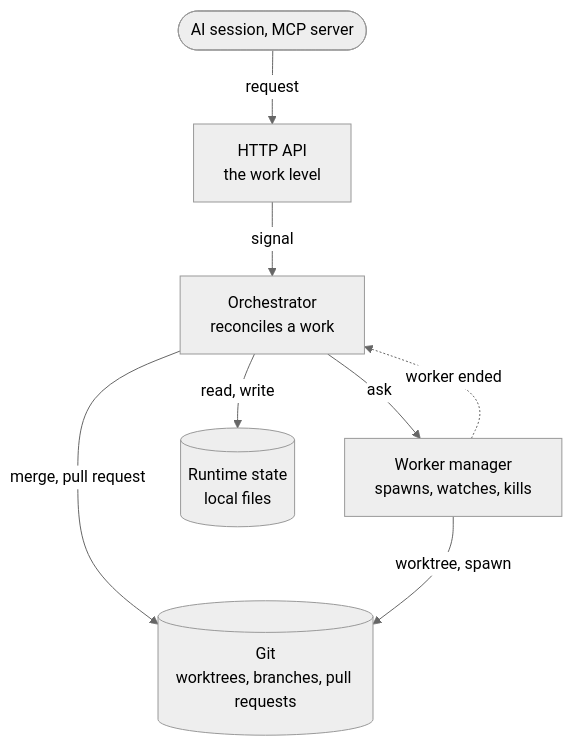
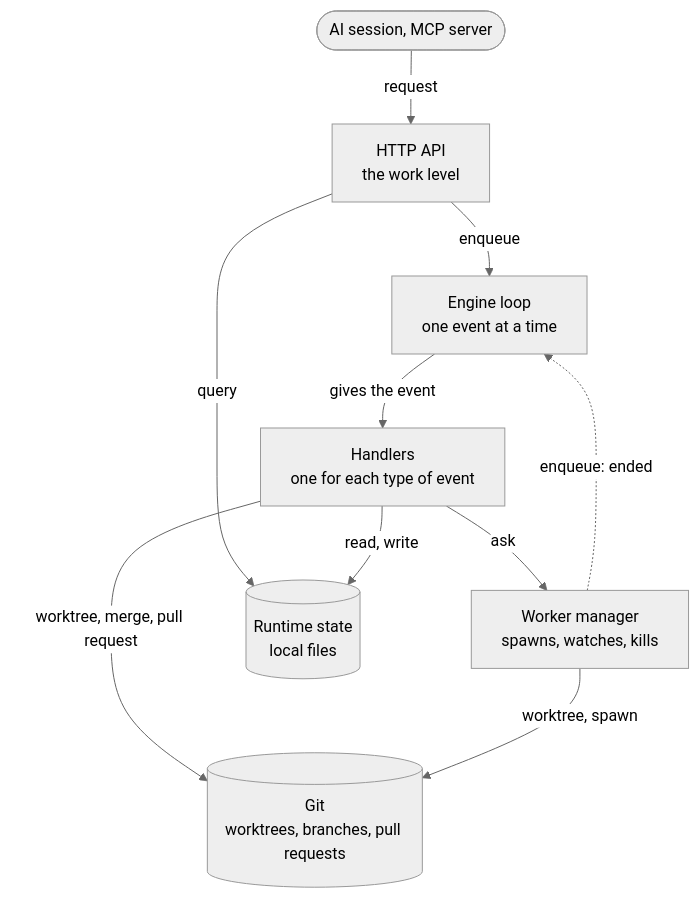
Before and after one commit to longlh/superteam: the diagram in docs/engine.md, drawn with Mermaid (neutral theme). The commit also changed other lines of this file, not shown here.

First line of the commit message:
Update the engine doc to match the engine loop

````diff
--- a/docs/engine.md
+++ b/docs/engine.md
@@ -45,17 +47,20 @@
 ```mermaid
 flowchart TD
   client([AI session, MCP server]) -->|request| api
 
   api["HTTP API<br/>the work level"]
-  orchestrator["Orchestrator<br/>reconciles a work"]
+  loop["Engine loop<br/>one event at a time"]
+  handlers["Handlers<br/>one for each type of event"]
   workers["Worker manager<br/>spawns, watches, kills"]
   runtime[("Runtime state<br/>local files")]
   git[("Git<br/>worktrees, branches, pull requests")]
 
-  api -->|signal| orchestrator
-  orchestrator -->|read, write| runtime
-  orchestrator -->|ask| workers
-  orchestrator -->|merge, pull request| git
+  api -->|enqueue| loop
+  api -->|query| runtime
+  loop -->|gives the event| handlers
+  handlers -->|read, write| runtime
+  handlers -->|ask| workers
+  handlers -->|worktree, merge, pull request| git
   workers -->|worktree, spawn| git
-  workers -.->|worker ended| orchestrator
+  workers -.->|enqueue: ended| loop
 ```
````
